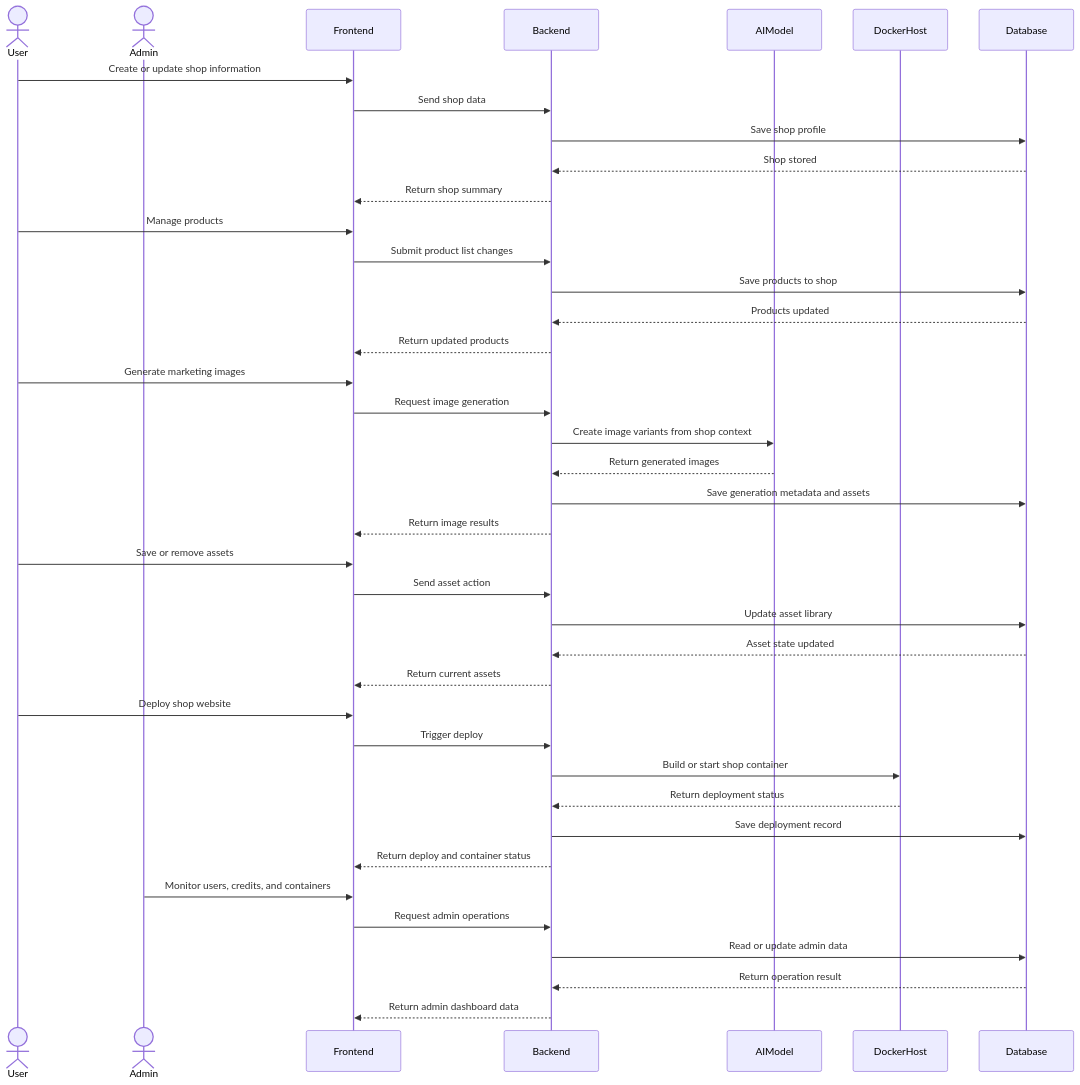
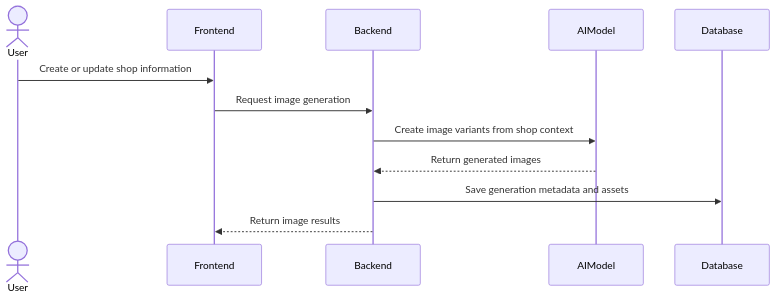
Before and after one commit to medu1122/Captone2: the third of 6 diagrams in READ_CONTEXT/sequenceDiagram.md, drawn with Mermaid. The commit also changed other lines of this file, not shown here.

Commit message:
update sequnce

````diff
--- a/READ_CONTEXT/sequenceDiagram.md
+++ b/READ_CONTEXT/sequenceDiagram.md
@@ -1,48 +29,15 @@
 ```mermaid
 sequenceDiagram
     actor User
-    actor Admin
     participant FE as Frontend
     participant BE as Backend
     participant AI as AIModel
-    participant DK as DockerHost
     participant DB as Database
 
     User->>FE: Create or update shop information
-    FE->>BE: Send shop data
-    BE->>DB: Save shop profile
-    DB-->>BE: Shop stored
-    BE-->>FE: Return shop summary
-
-    User->>FE: Manage products
-    FE->>BE: Submit product list changes
-    BE->>DB: Save products to shop
-    DB-->>BE: Products updated
-    BE-->>FE: Return updated products
-
-    User->>FE: Generate marketing images
     FE->>BE: Request image generation
     BE->>AI: Create image variants from shop context
     AI-->>BE: Return generated images
     BE->>DB: Save generation metadata and assets
     BE-->>FE: Return image results
-
-    User->>FE: Save or remove assets
-    FE->>BE: Send asset action
-    BE->>DB: Update asset library
-    DB-->>BE: Asset state updated
-    BE-->>FE: Return current assets
-
-    User->>FE: Deploy shop website
-    FE->>BE: Trigger deploy
-    BE->>DK: Build or start shop container
-    DK-->>BE: Return deployment status
-    BE->>DB: Save deployment record
-    BE-->>FE: Return deploy and container status
-
-    Admin->>FE: Monitor users, credits, and containers
-    FE->>BE: Request admin operations
-    BE->>DB: Read or update admin data
-    DB-->>BE: Return operation result
-    BE-->>FE: Return admin dashboard data
 ```
````
